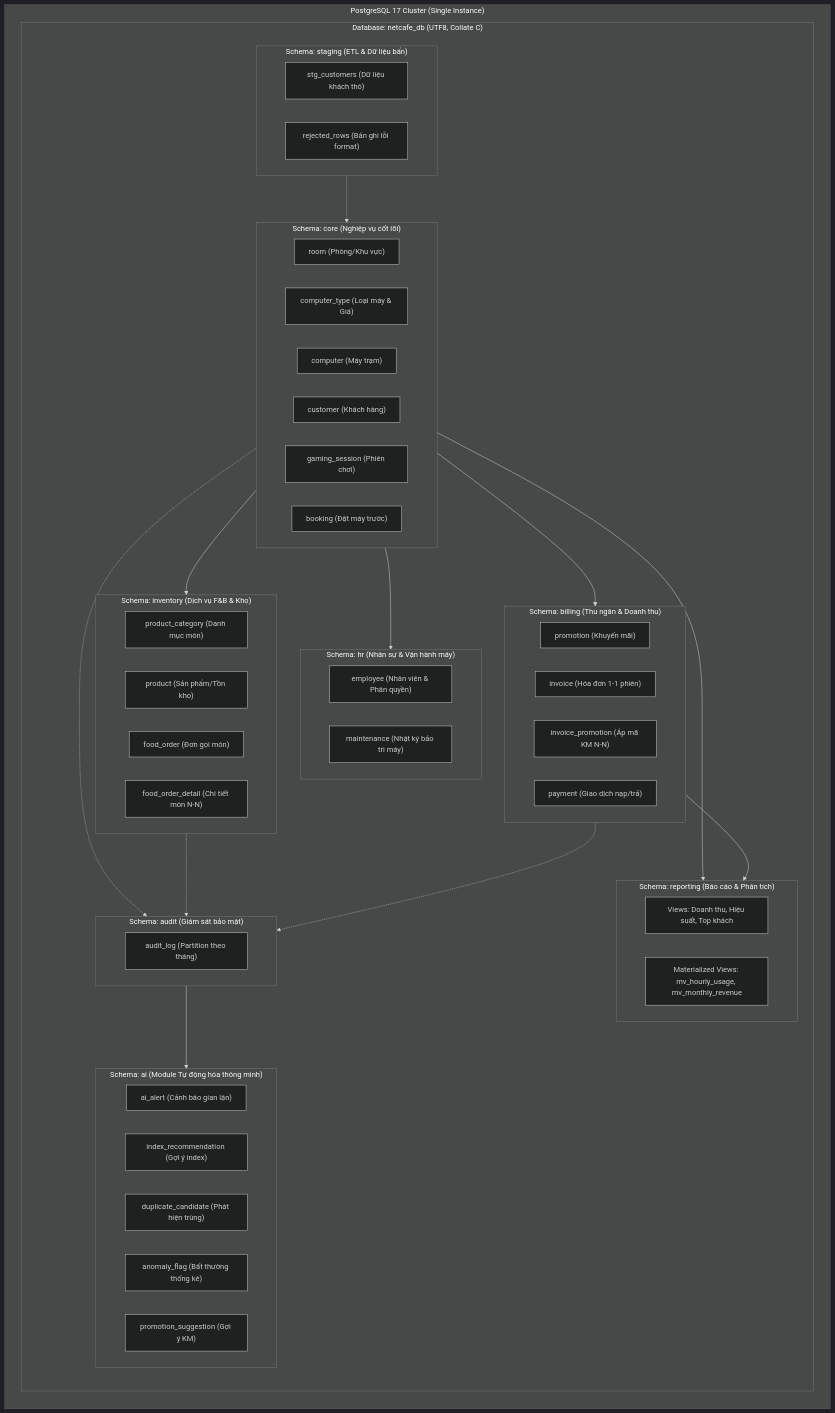
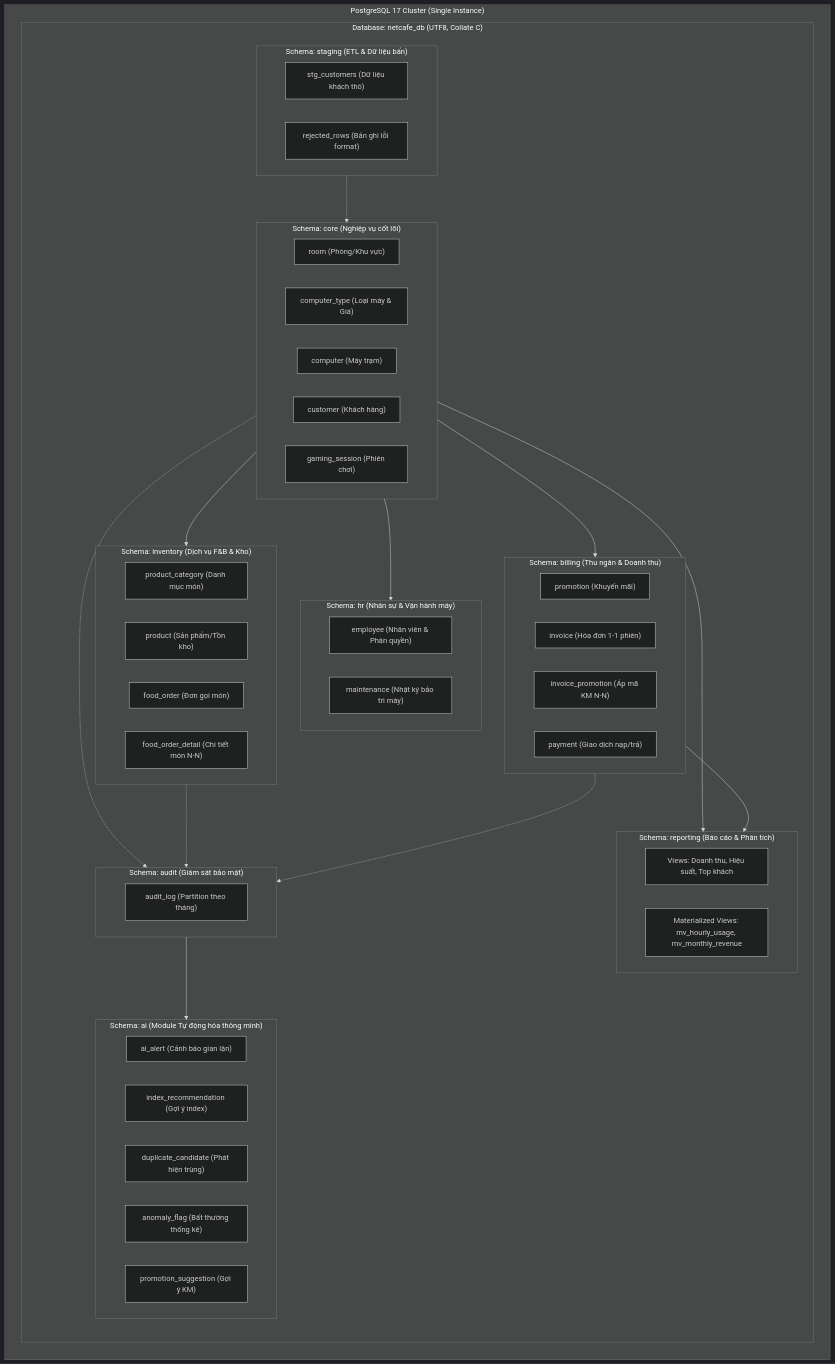
The diagram in docs/architecture.md (vietanh1105/QTDL-NetCafe), drawn with Mermaid (dark theme) before and after one commit. The commit also changed other lines of this file and 27 other files, not shown here.

````diff
--- a/docs/architecture.md
+++ b/docs/architecture.md
@@ -16,69 +16,68 @@
 ```mermaid
 flowchart TD
     subgraph Cluster ["PostgreSQL 17 Cluster (Single Instance)"]
         direction TB
         subgraph DB ["Database: netcafe_db (UTF8, Collate C)"]
             direction TB
             subgraph CoreSchema ["Schema: core (Nghiệp vụ cốt lõi)"]
                 T_ROOM["room (Phòng/Khu vực)"]
                 T_TYPE["computer_type (Loại máy & Giá)"]
                 T_COMP["computer (Máy trạm)"]
                 T_CUST["customer (Khách hàng)"]
                 T_SESS["gaming_session (Phiên chơi)"]
-                T_BOOK["booking (Đặt máy trước)"]
             end
 
             subgraph InvSchema ["Schema: inventory (Dịch vụ F&B & Kho)"]
                 T_CAT["product_category (Danh mục món)"]
                 T_PROD["product (Sản phẩm/Tồn kho)"]
                 T_ORD["food_order (Đơn gọi món)"]
                 T_ORD_DET["food_order_detail (Chi tiết món N-N)"]
             end
 
             subgraph BillSchema ["Schema: billing (Thu ngân & Doanh thu)"]
                 T_PROM["promotion (Khuyến mãi)"]
                 T_INV["invoice (Hóa đơn 1-1 phiên)"]
                 T_INV_PROM["invoice_promotion (Áp mã KM N-N)"]
                 T_PAY["payment (Giao dịch nạp/trả)"]
             end
 
             subgraph HRSchema ["Schema: hr (Nhân sự & Vận hành máy)"]
                 T_EMP["employee (Nhân viên & Phân quyền)"]
                 T_MAINT["maintenance (Nhật ký bảo trì máy)"]
             end
 
             subgraph AuditSchema ["Schema: audit (Giám sát bảo mật)"]
                 T_AUDIT["audit_log (Partition theo tháng)"]
             end
 
             subgraph AISchema ["Schema: ai (Module Tự động hóa thông minh)"]
                 T_AI_ALERT["ai_alert (Cảnh báo gian lận)"]
                 T_AI_REC["index_recommendation (Gợi ý index)"]
                 T_AI_DUP["duplicate_candidate (Phát hiện trùng)"]
                 T_AI_ANOM["anomaly_flag (Bất thường thống kê)"]
                 T_AI_SUG["promotion_suggestion (Gợi ý KM)"]
             end
 
             subgraph RepSchema ["Schema: reporting (Báo cáo & Phân tích)"]
                 V_REP["Views: Doanh thu, Hiệu suất, Top khách"]
                 MV_REP["Materialized Views: mv_hourly_usage, mv_monthly_revenue"]
             end
 
             subgraph StgSchema ["Schema: staging (ETL & Dữ liệu bẩn)"]
                 T_STG_CUST["stg_customers (Dữ liệu khách thô)"]
                 T_STG_REJ["rejected_rows (Bản ghi lỗi format)"]
             end
         end
     end
 
     CoreSchema --> BillSchema
     CoreSchema --> InvSchema
     CoreSchema --> HRSchema
     CoreSchema -.-> AuditSchema
     InvSchema -.-> AuditSchema
     BillSchema -.-> AuditSchema
     AuditSchema --> AISchema
     CoreSchema --> RepSchema
     BillSchema --> RepSchema
     StgSchema -.-> CoreSchema
 ```
````
